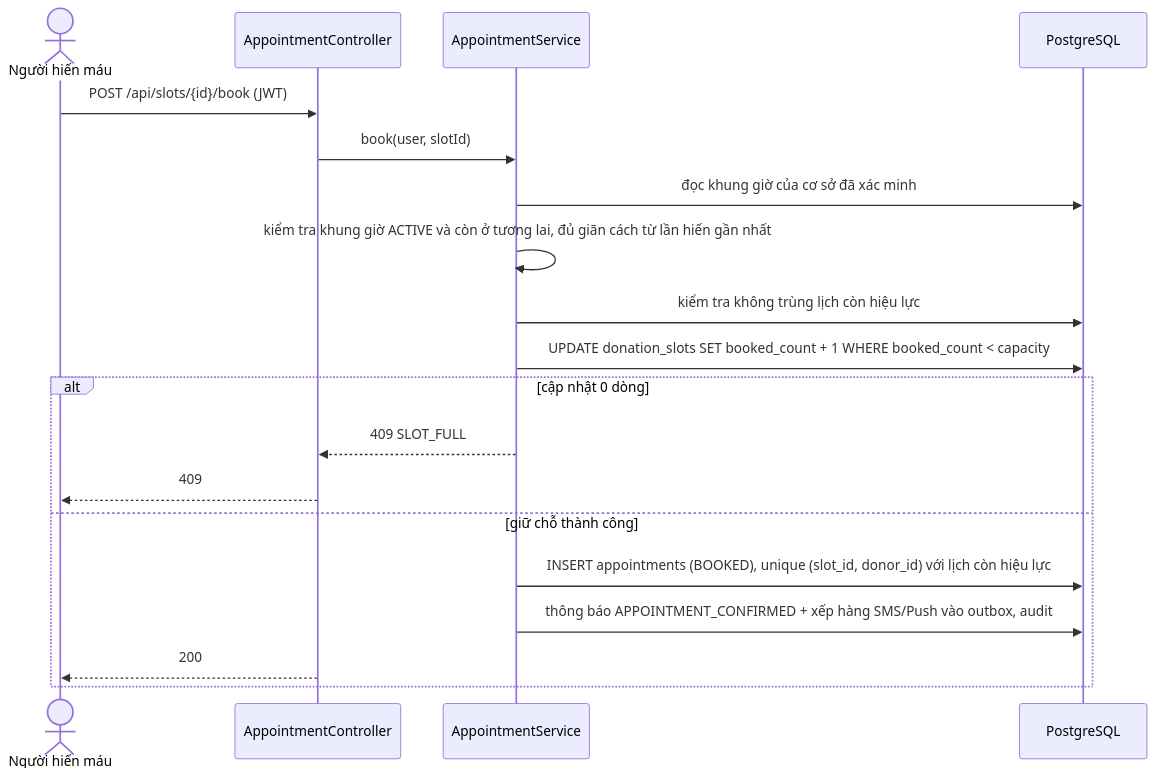
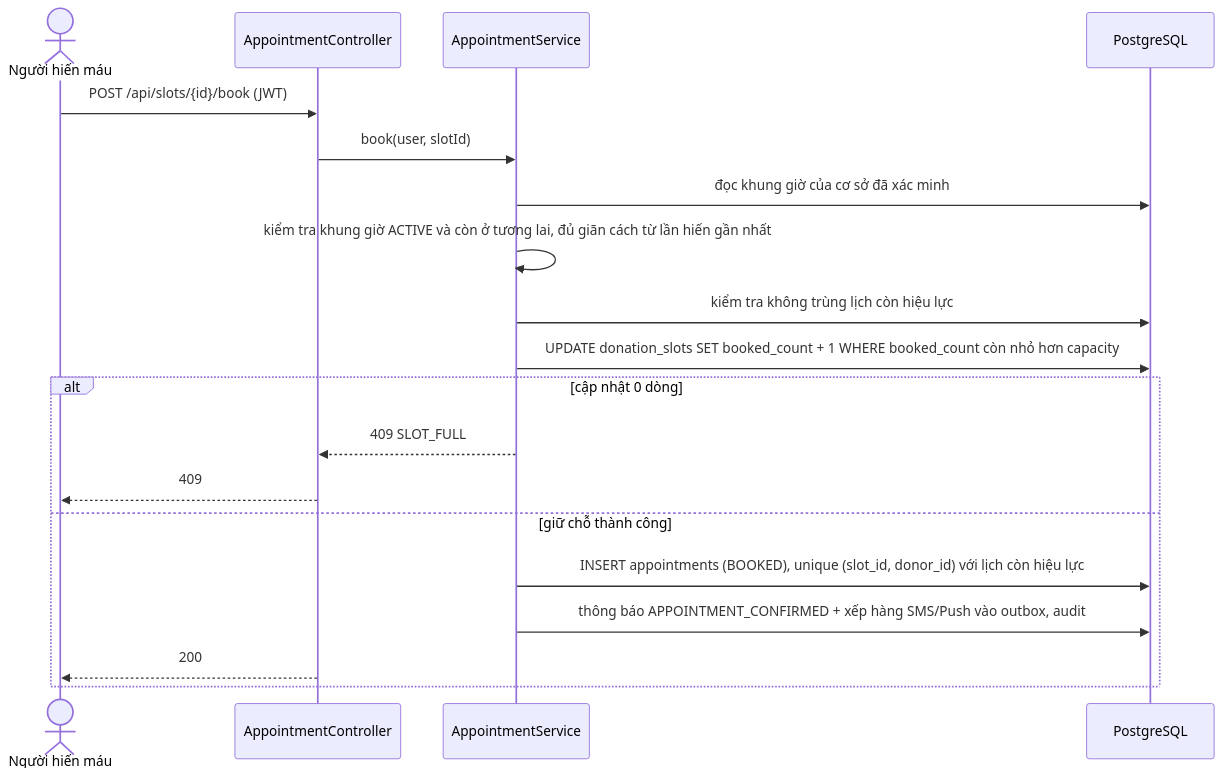
Before and after one commit to nhungoc260/lifely_demo: diagram 12 of 18 in docs/ARCHITECTURE.md, drawn with Mermaid. The commit also changed other lines of this file, not shown here.

Commit message:
fix architecture

````diff
--- a/docs/ARCHITECTURE.md
+++ b/docs/ARCHITECTURE.md
@@ -594,21 +605,21 @@
 ```mermaid
 sequenceDiagram
   actor D as Người hiến máu
   participant API as AppointmentController
   participant AS as AppointmentService
   participant DB as PostgreSQL
   D->>API: POST /api/slots/{id}/book (JWT)
   API->>AS: book(user, slotId)
   AS->>DB: đọc khung giờ của cơ sở đã xác minh
   AS->>AS: kiểm tra khung giờ ACTIVE và còn ở tương lai, đủ giãn cách từ lần hiến gần nhất
   AS->>DB: kiểm tra không trùng lịch còn hiệu lực
-  AS->>DB: UPDATE donation_slots SET booked_count + 1 WHERE booked_count < capacity
+  AS->>DB: UPDATE donation_slots SET booked_count + 1 WHERE booked_count còn nhỏ hơn capacity
   alt cập nhật 0 dòng
     AS-->>API: 409 SLOT_FULL
     API-->>D: 409
   else giữ chỗ thành công
     AS->>DB: INSERT appointments (BOOKED), unique (slot_id, donor_id) với lịch còn hiệu lực
     AS->>DB: thông báo APPOINTMENT_CONFIRMED + xếp hàng SMS/Push vào outbox, audit
     API-->>D: 200
   end
 ```
````
